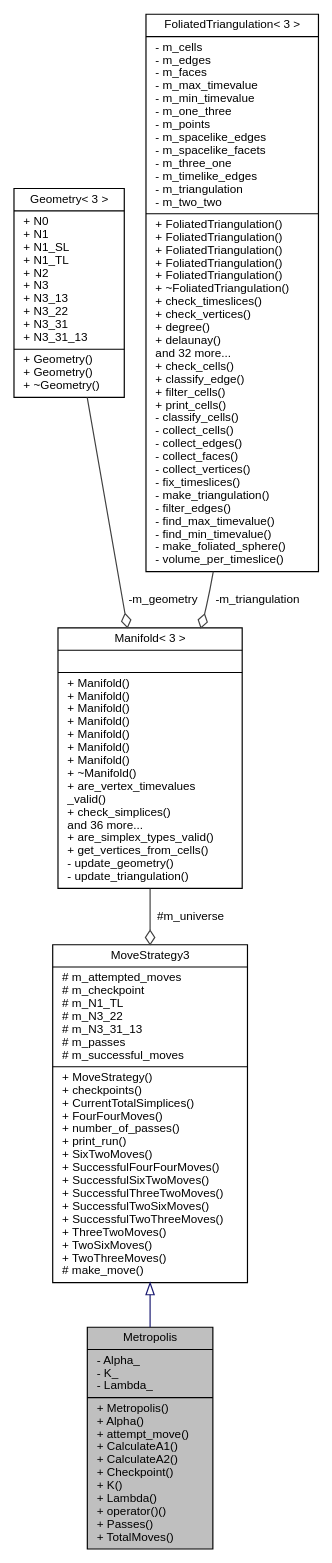
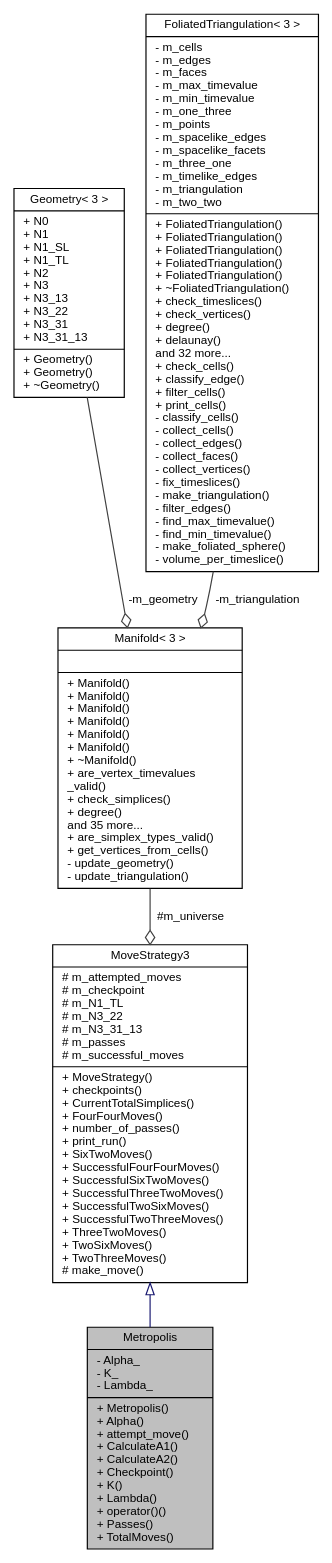
The diagram in class_metropolis__coll__graph.dot (acgetchell/CDT-plusplus), drawn with Graphviz before and after one commit. The commit also changed 177 other files, not shown here.

```diff
--- a/class_metropolis__coll__graph.dot
+++ b/class_metropolis__coll__graph.dot
@@ -1,15 +1,15 @@
 digraph "Metropolis"
 {
  // LATEX_PDF_SIZE
   edge [fontname="Helvetica",fontsize="10",labelfontname="Helvetica",labelfontsize="10"];
   node [fontname="Helvetica",fontsize="10",shape=record];
   Node1 [label="{Metropolis\n|- Alpha_\l- K_\l- Lambda_\l|+ Metropolis()\l+ Alpha()\l+ attempt_move()\l+ CalculateA1()\l+ CalculateA2()\l+ Checkpoint()\l+ K()\l+ Lambda()\l+ operator()()\l+ Passes()\l+ TotalMoves()\l}",height=0.2,width=0.4,color="black", fillcolor="grey75", style="filled", fontcolor="black",tooltip="Metropolis-Hastings algorithm function object."];
   Node2 -> Node1 [dir="back",color="midnightblue",fontsize="10",style="solid",arrowtail="onormal",fontname="Helvetica"];
   Node2 [label="{MoveStrategy3\n|# m_attempted_moves\l# m_checkpoint\l# m_N1_TL\l# m_N3_22\l# m_N3_31_13\l# m_passes\l# m_successful_moves\l|+ MoveStrategy()\l+ checkpoints()\l+ CurrentTotalSimplices()\l+ FourFourMoves()\l+ number_of_passes()\l+ print_run()\l+ SixTwoMoves()\l+ SuccessfulFourFourMoves()\l+ SuccessfulSixTwoMoves()\l+ SuccessfulThreeTwoMoves()\l+ SuccessfulTwoSixMoves()\l+ SuccessfulTwoThreeMoves()\l+ ThreeTwoMoves()\l+ TwoSixMoves()\l+ TwoThreeMoves()\l# make_move()\l}",height=0.2,width=0.4,color="black", fillcolor="white", style="filled",URL="$class_move_strategy_3_013_01_4.html",tooltip=" "];
   Node3 -> Node2 [color="grey25",fontsize="10",style="solid",label=" #m_universe" ,arrowhead="odiamond",fontname="Helvetica"];
-  Node3 [label="{Manifold\< 3 \>\n||+ Manifold()\l+ Manifold()\l+ Manifold()\l+ Manifold()\l+ Manifold()\l+ Manifold()\l+ Manifold()\l+ ~Manifold()\l+ are_vertex_timevalues\l_valid()\l+ check_simplices()\land 36 more...\l+ are_simplex_types_valid()\l+ get_vertices_from_cells()\l- update_geometry()\l- update_triangulation()\l}",height=0.2,width=0.4,color="black", fillcolor="white", style="filled",URL="$class_manifold_3_013_01_4.html",tooltip="3D Manifold"];
+  Node3 [label="{Manifold\< 3 \>\n||+ Manifold()\l+ Manifold()\l+ Manifold()\l+ Manifold()\l+ Manifold()\l+ Manifold()\l+ ~Manifold()\l+ are_vertex_timevalues\l_valid()\l+ check_simplices()\l+ degree()\land 35 more...\l+ are_simplex_types_valid()\l+ get_vertices_from_cells()\l- update_geometry()\l- update_triangulation()\l}",height=0.2,width=0.4,color="black", fillcolor="white", style="filled",URL="$class_manifold_3_013_01_4.html",tooltip="3D Manifold"];
   Node4 -> Node3 [color="grey25",fontsize="10",style="solid",label=" -m_geometry" ,arrowhead="odiamond",fontname="Helvetica"];
   Node4 [label="{Geometry\< 3 \>\n|+ N0\l+ N1\l+ N1_SL\l+ N1_TL\l+ N2\l+ N3\l+ N3_13\l+ N3_22\l+ N3_31\l+ N3_31_13\l|+ Geometry()\l+ Geometry()\l+ ~Geometry()\l}",height=0.2,width=0.4,color="black", fillcolor="white", style="filled",URL="$struct_geometry_3_013_01_4.html",tooltip="3D Geometry"];
   Node5 -> Node3 [color="grey25",fontsize="10",style="solid",label=" -m_triangulation" ,arrowhead="odiamond",fontname="Helvetica"];
   Node5 [label="{FoliatedTriangulation\< 3 \>\n|- m_cells\l- m_edges\l- m_faces\l- m_max_timevalue\l- m_min_timevalue\l- m_one_three\l- m_points\l- m_spacelike_edges\l- m_spacelike_facets\l- m_three_one\l- m_timelike_edges\l- m_triangulation\l- m_two_two\l|+ FoliatedTriangulation()\l+ FoliatedTriangulation()\l+ FoliatedTriangulation()\l+ FoliatedTriangulation()\l+ FoliatedTriangulation()\l+ ~FoliatedTriangulation()\l+ check_timeslices()\l+ check_vertices()\l+ degree()\l+ delaunay()\land 32 more...\l+ check_cells()\l+ classify_edge()\l+ filter_cells()\l+ print_cells()\l- classify_cells()\l- collect_cells()\l- collect_edges()\l- collect_faces()\l- collect_vertices()\l- fix_timeslices()\l- make_triangulation()\l- filter_edges()\l- find_max_timevalue()\l- find_min_timevalue()\l- make_foliated_sphere()\l- volume_per_timeslice()\l}",height=0.2,width=0.4,color="black", fillcolor="white", style="filled",URL="$class_foliated_triangulation_3_013_01_4.html",tooltip="3D Triangulation"];
 }
```
